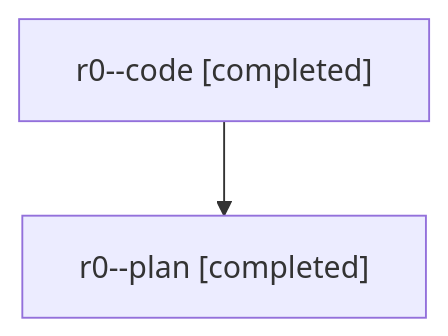
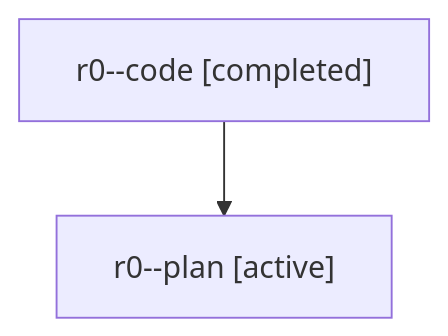
Before and after one commit to sase-org/sase--agents: the diagram in families/bbugyi200.athena.r0.md, drawn with Mermaid. The commit also changed other lines of this file and 5813 other files, not shown here.

````diff
--- a/families/bbugyi200.athena.r0.md
+++ b/families/bbugyi200.athena.r0.md
@@ -9,6 +9,6 @@
 ```mermaid
 flowchart TD
   n0["r0--code [completed]"]
-  n1["r0--plan [completed]"]
+  n1["r0--plan [active]"]
   n0 --> n1
 ```
````
